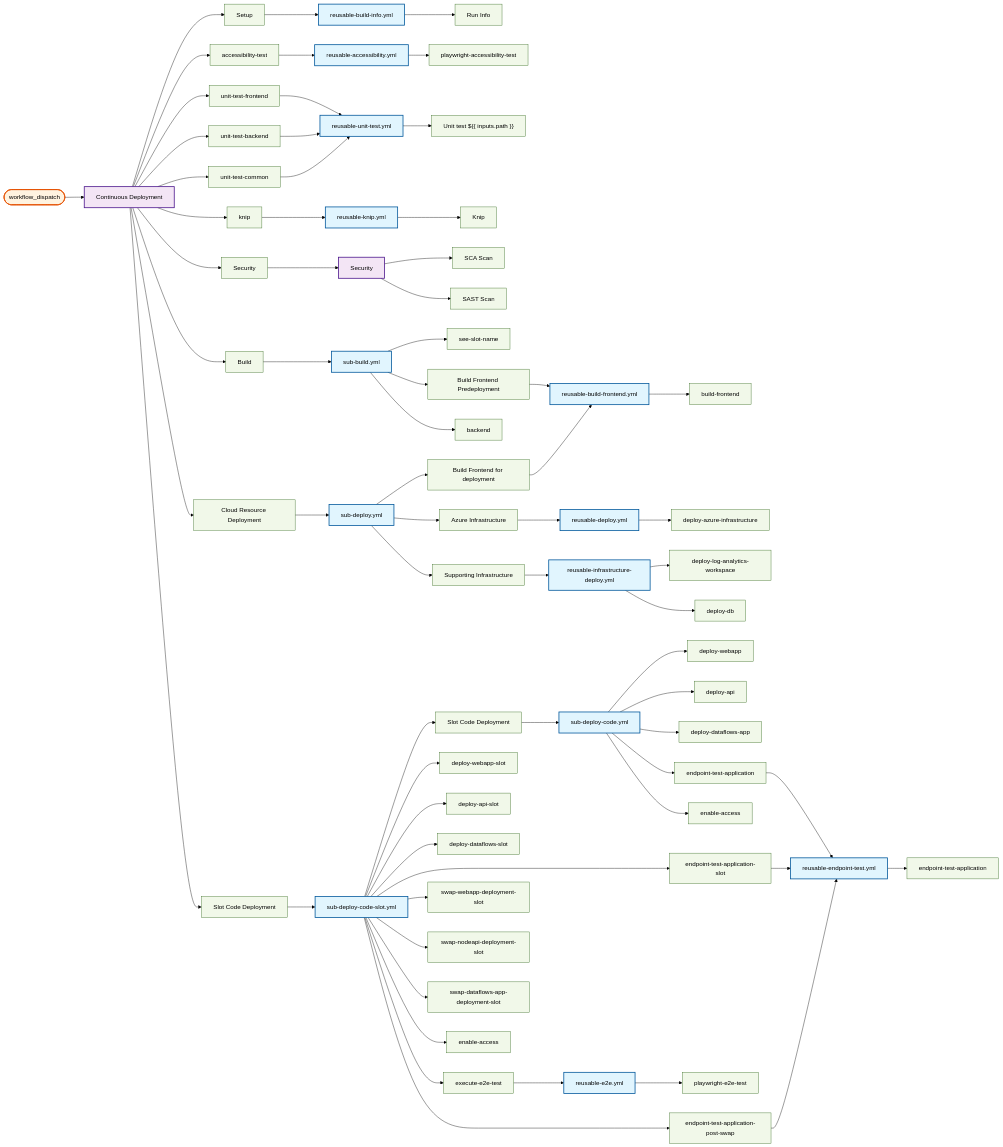
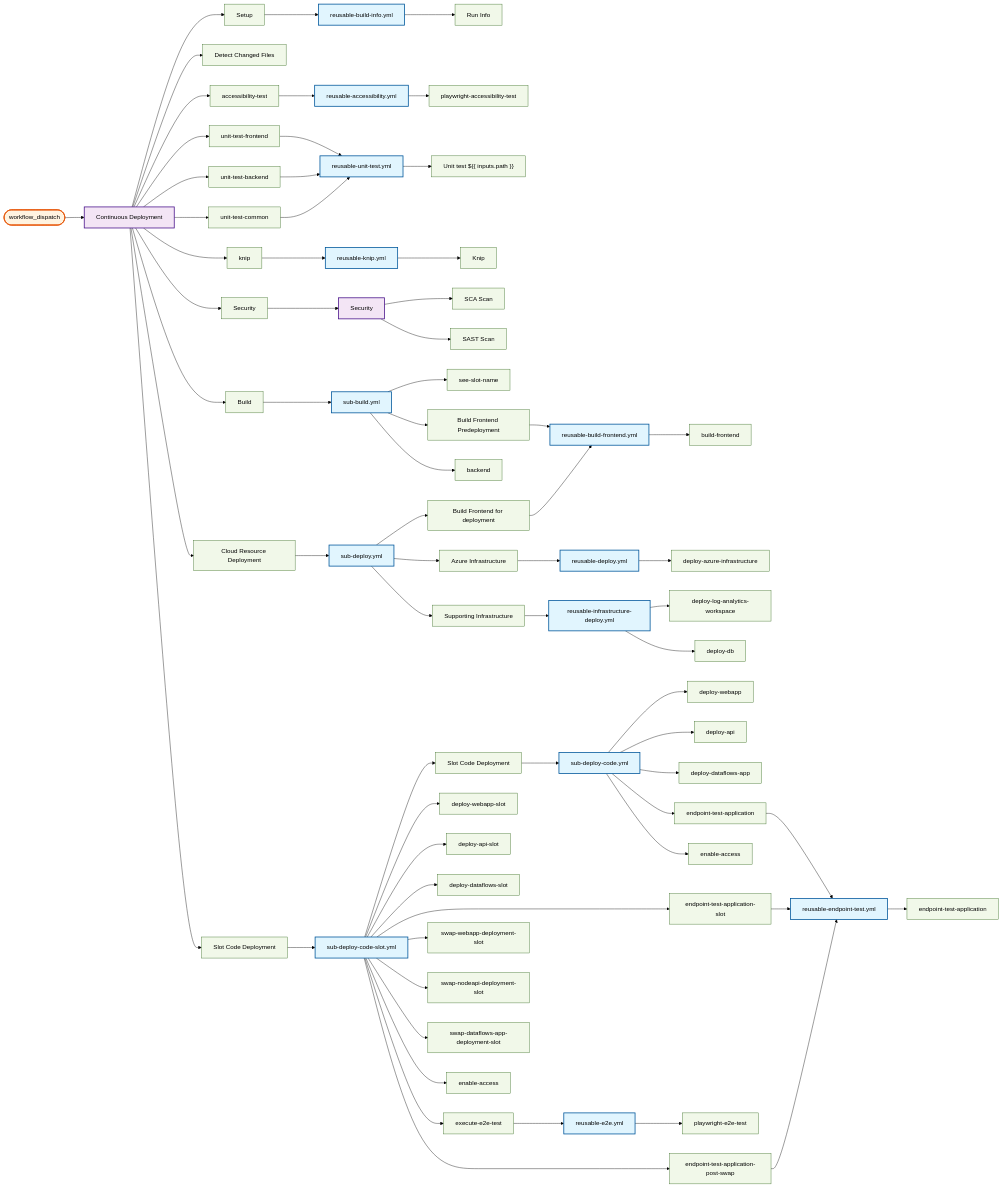
Before and after one commit to US-Trustee-Program/Bankruptcy-Oversight-Support-Systems: diagram 13 of 21 in docs/operations/workflow-diagram.md, drawn with Mermaid (forest theme). The commit also changed other lines of this file and 3 other files, not shown here.

```diff
--- a/docs/operations/workflow-diagram.md
+++ b/docs/operations/workflow-diagram.md
@@ -655,6 +630,7 @@
     continuous_deployment_yml_setup["Setup"]
     reusable_build_info_yml["reusable-build-info.yml"]
     reusable_build_info_yml_build_info["Run Info"]
+    continuous_deployment_yml_detect_changes["Detect Changed Files"]
     continuous_deployment_yml_accessibility_test["accessibility-test"]
     reusable_accessibility_yml["reusable-accessibility.yml"]
     reusable_accessibility_yml_playwright_accessibility_test["playwright-accessibility-test"]
@@ -715,6 +691,7 @@
     continuous_deployment_yml --> continuous_deployment_yml_setup
     reusable_build_info_yml --> reusable_build_info_yml_build_info
     continuous_deployment_yml_setup --> reusable_build_info_yml
+    continuous_deployment_yml --> continuous_deployment_yml_detect_changes
     continuous_deployment_yml --> continuous_deployment_yml_accessibility_test
     reusable_accessibility_yml --> reusable_accessibility_yml_playwright_accessibility_test
     continuous_deployment_yml_accessibility_test --> reusable_accessibility_yml
@@ -786,6 +763,7 @@
     class continuous_deployment_yml_setup job
     class reusable_build_info_yml reusable
     class reusable_build_info_yml_build_info job
+    class continuous_deployment_yml_detect_changes job
     class continuous_deployment_yml_accessibility_test job
     class reusable_accessibility_yml reusable
     class reusable_accessibility_yml_playwright_accessibility_test job
```
